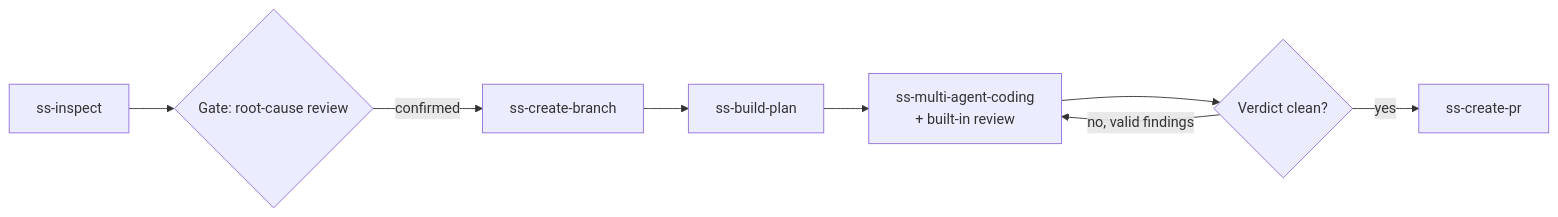
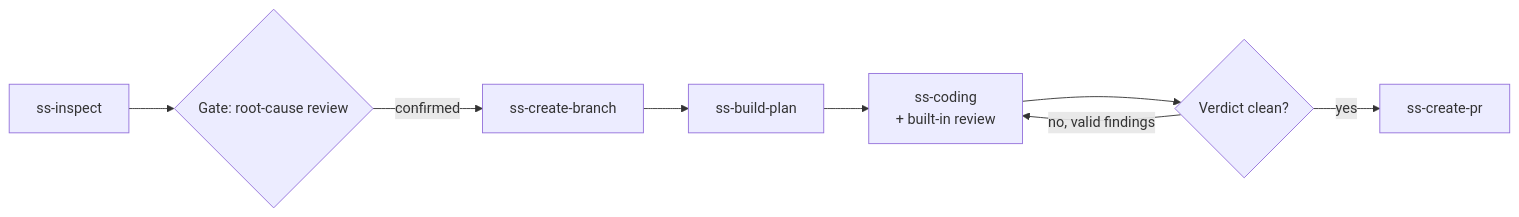
Before and after one commit to lbk-open/super-spec: the second of 3 diagrams in docs/workflows.md, drawn with Mermaid. The commit also changed other lines of this file and 26 other files, not shown here.

````diff
--- a/docs/workflows.md
+++ b/docs/workflows.md
@@ -52,10 +52,10 @@
 ```mermaid
 flowchart LR
     A[ss-inspect] --> G{Gate: root-cause review}
     G -->|confirmed| B[ss-create-branch]
     B --> C[ss-build-plan]
-    C --> D[ss-multi-agent-coding<br/>+ built-in review]
+    C --> D[ss-coding<br/>+ built-in review]
     D --> E{Verdict clean?}
     E -->|no, valid findings| D
     E -->|yes| F[ss-create-pr]
 ```
````
